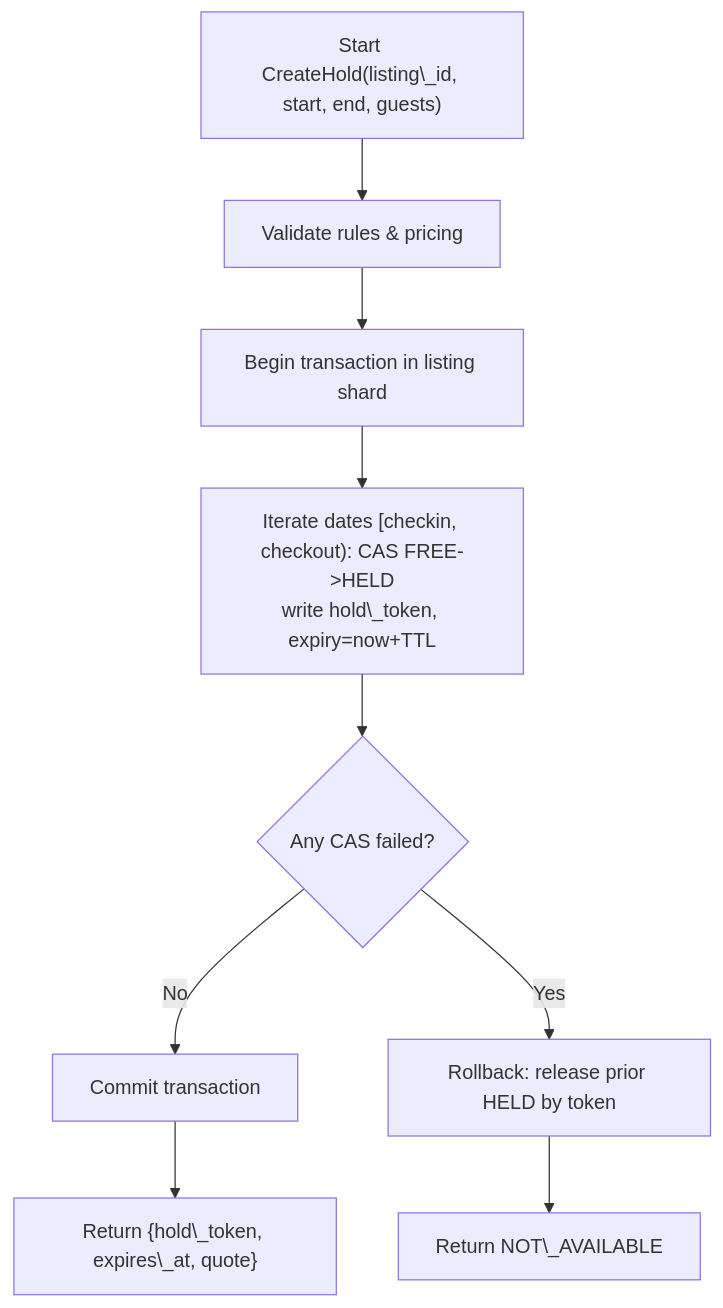
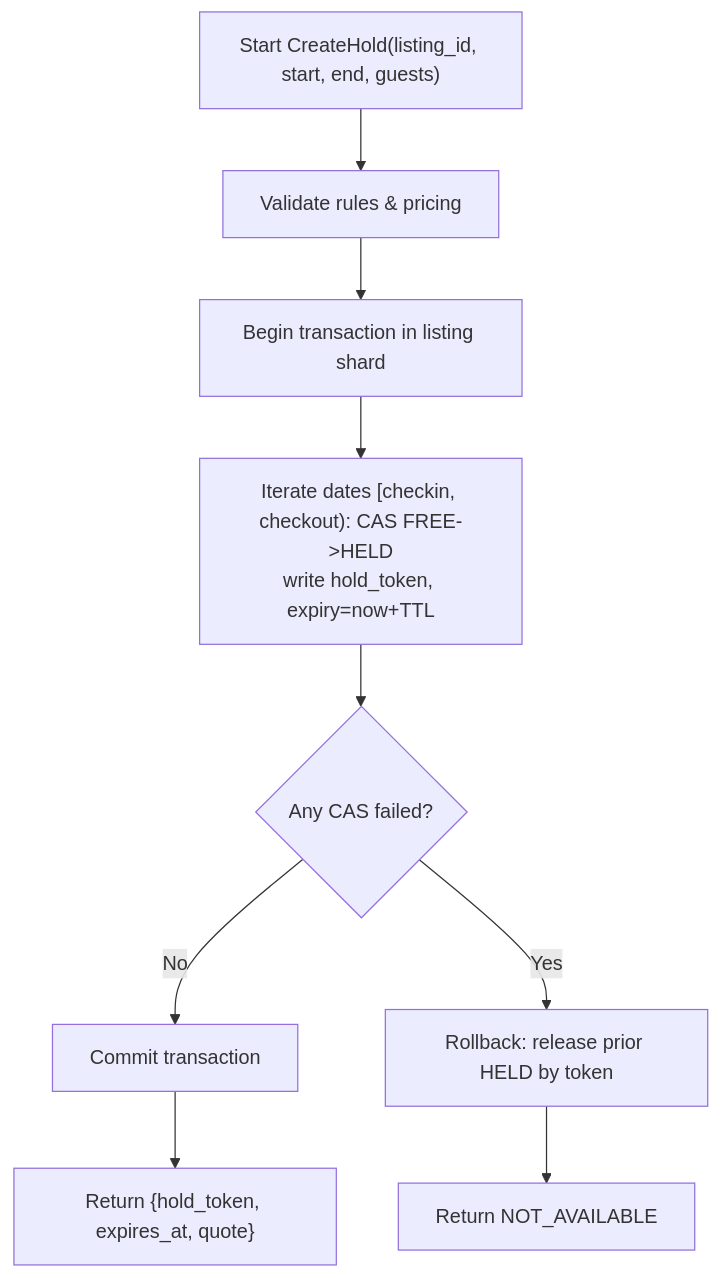
Before and after one commit to LatencyTDH/pro-architectural-designs: the fourth of 15 diagrams in airbnb/DesignAirbnb.md, drawn with Mermaid. The commit also changed other lines of this file, not shown here.

````diff
--- a/airbnb/DesignAirbnb.md
+++ b/airbnb/DesignAirbnb.md
@@ -859,11 +896,11 @@
 ```mermaid
 flowchart TD
-A["Start CreateHold(listing\_id, start, end, guests)"] --> B[Validate rules & pricing]
+A["Start CreateHold(listing_id, start, end, guests)"] --> B[Validate rules & pricing]
 B --> D[Begin transaction in listing shard]
-D --> E["Iterate dates [checkin, checkout): CAS FREE->HELD<br/>write hold\_token, expiry=now+TTL"]
+D --> E["Iterate dates [checkin, checkout): CAS FREE->HELD<br/>write hold_token, expiry=now+TTL"]
 E --> F{Any CAS failed?}
 F -- No --> G[Commit transaction]
-G --> H["Return {hold\_token, expires\_at, quote}"]
+G --> H["Return {hold_token, expires_at, quote}"]
 F -- Yes --> I[Rollback: release prior HELD by token]
-I --> J[Return NOT\_AVAILABLE]
+I --> J[Return NOT_AVAILABLE]
 ```
````
